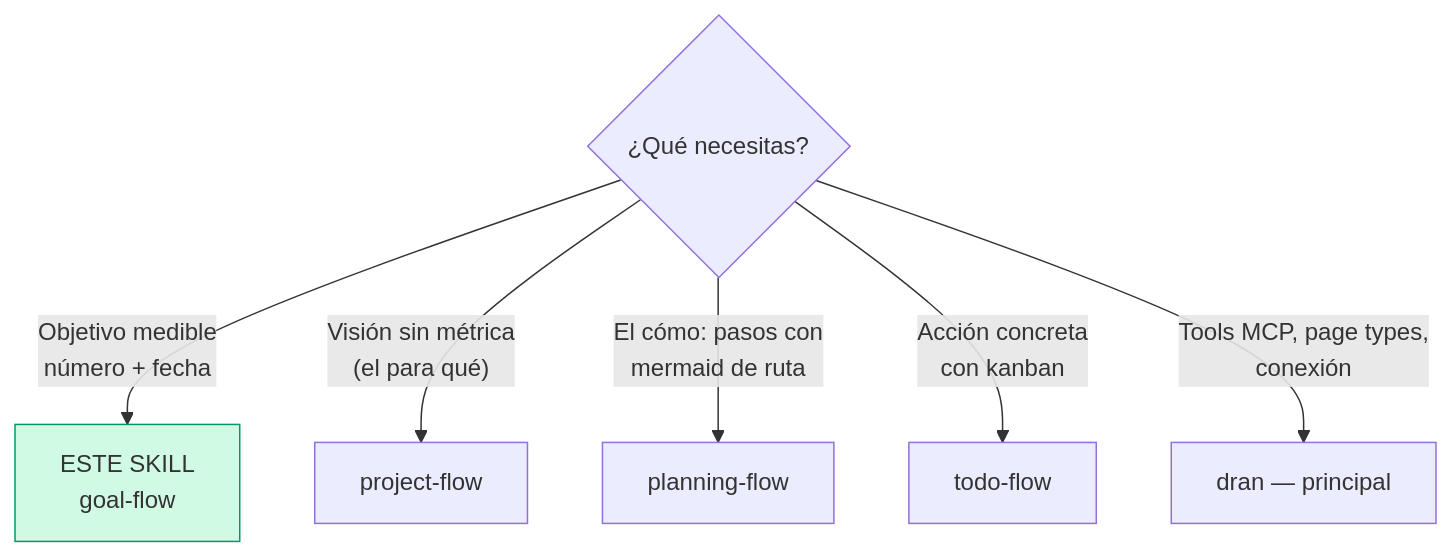
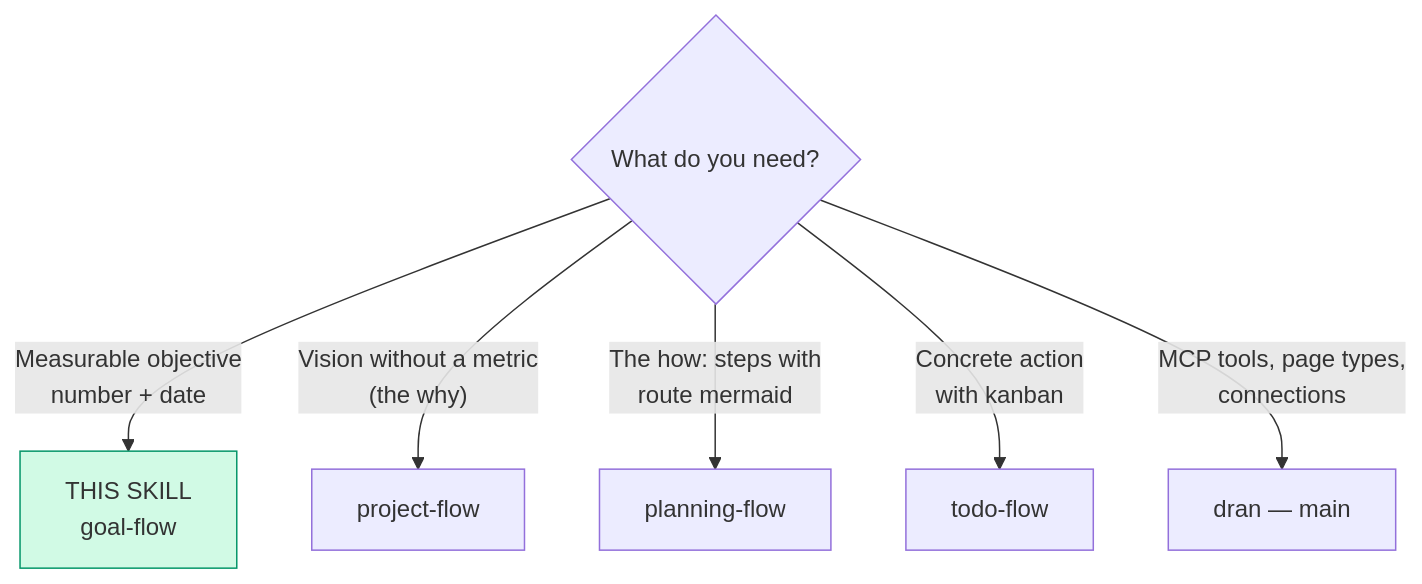
Before and after one commit to alvarolizama/dran: the first of 2 diagrams in skills/goal-flow/SKILL.md, drawn with Mermaid. The commit also changed other lines of this file and 11 other files, not shown here.

Commit message:
feat: traducir skills de dran al inglés (9 flows + dran + references)

````diff
--- a/skills/goal-flow/SKILL.md
+++ b/skills/goal-flow/SKILL.md
@@ -21,10 +25,10 @@
 ```mermaid
 flowchart TD
-  Q{¿Qué necesitas?} -->|"Objetivo medible\nnúmero + fecha"| SELF["ESTE SKILL\ngoal-flow"]
-  Q -->|"Visión sin métrica\n(el para qué)"| PF[project-flow]
-  Q -->|"El cómo: pasos con\nmermaid de ruta"| PLF[planning-flow]
-  Q -->|"Acción concreta\ncon kanban"| TF[todo-flow]
-  Q -->|"Tools MCP, page types,\nconexión"| D[dran — principal]
+  Q{What do you need?} -->|"Measurable objective\nnumber + date"| SELF["THIS SKILL\ngoal-flow"]
+  Q -->|"Vision without a metric\n(the why)"| PF[project-flow]
+  Q -->|"The how: steps with\nroute mermaid"| PLF[planning-flow]
+  Q -->|"Concrete action\nwith kanban"| TF[todo-flow]
+  Q -->|"MCP tools, page types,\nconnections"| D[dran — main]
 
   style SELF fill:#d1fae5,stroke:#059669
 ```
````
